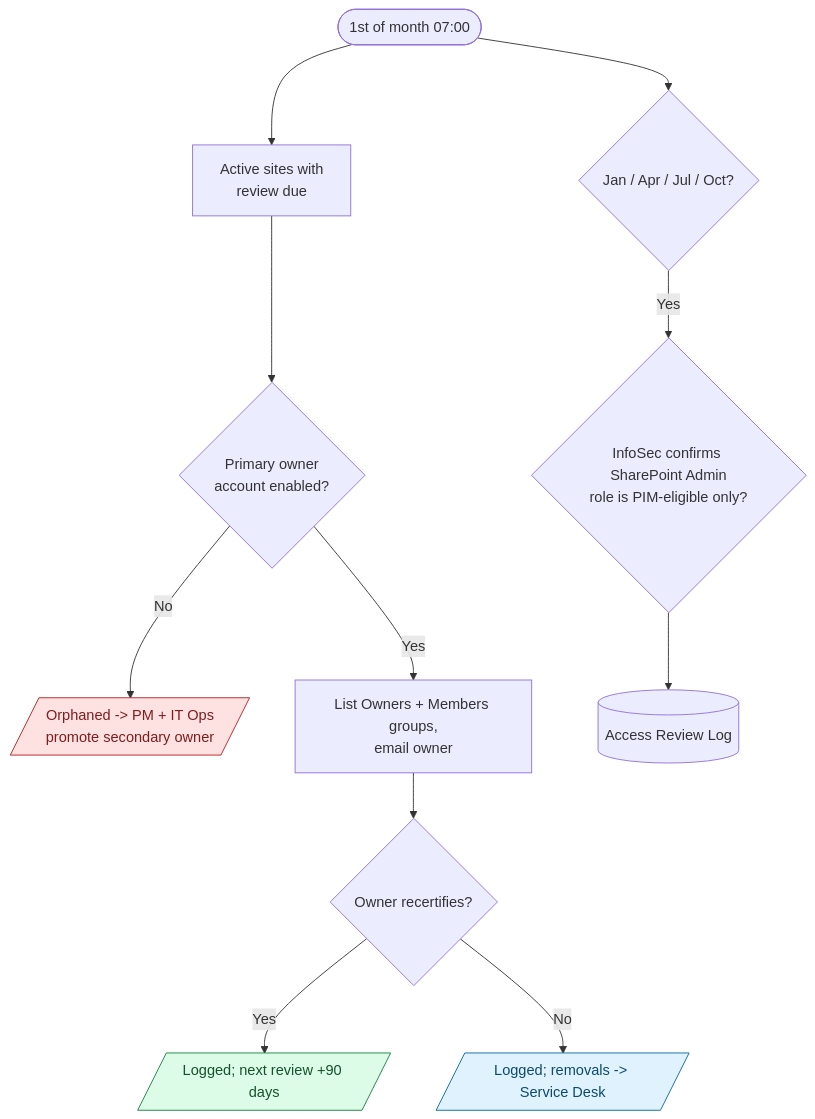
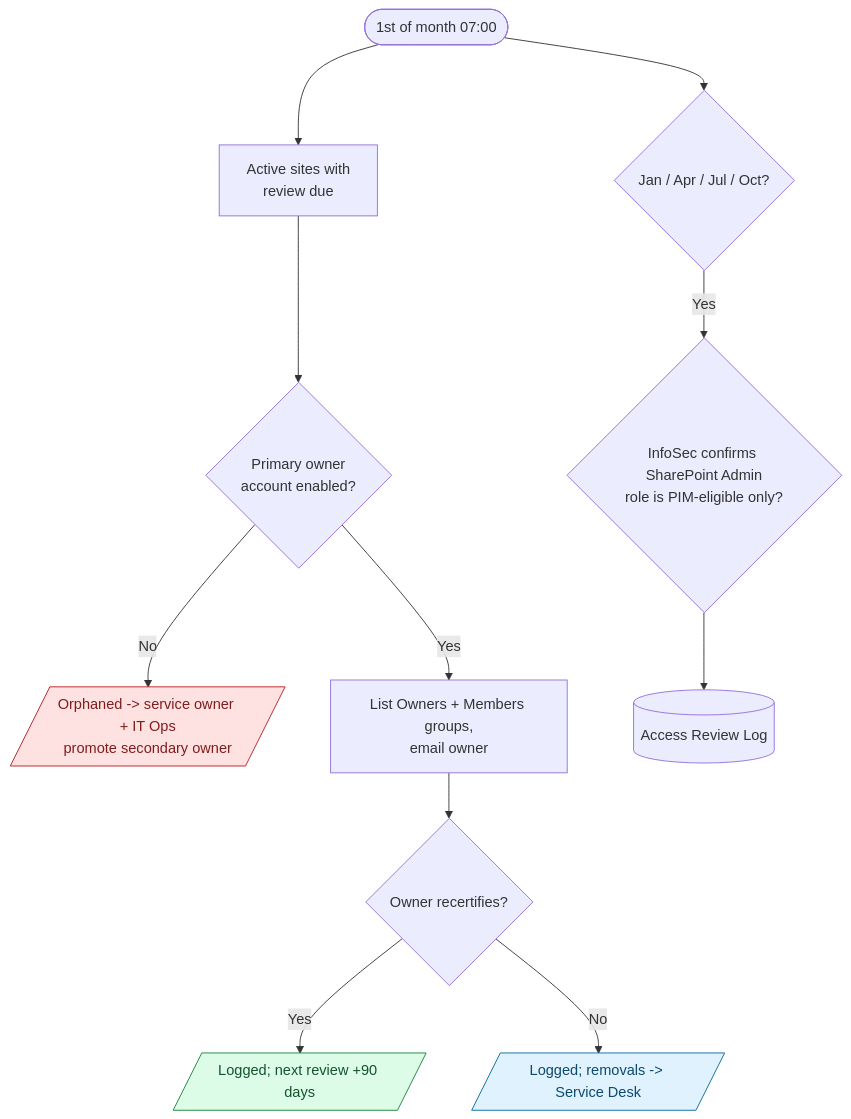
Before and after one commit to flinty-isd/Projects-hub: the seventh of 7 diagrams in solutions/SharePointGovernance/diagrams/governance-flows.md, drawn with Mermaid. The commit also changed other lines of this file and 12 other files, not shown here.

First line of the commit message:
Adapt SharePoint governance flows for BAU

````diff
--- a/solutions/SharePointGovernance/diagrams/governance-flows.md
+++ b/solutions/SharePointGovernance/diagrams/governance-flows.md
@@ -175,16 +130,16 @@
 ```mermaid
 flowchart TD
   A([1st of month 07:00]) --> D["Active sites with<br/>review due"]
   D --> O{"Primary owner<br/>account enabled?"}
-  O -->|No| OR[/"Orphaned -> PM + IT Ops<br/>promote secondary owner"/]:::bad
+  O -->|No| OR[/"Orphaned -> service owner + IT Ops<br/>promote secondary owner"/]:::bad
   O -->|Yes| L["List Owners + Members groups,<br/>email owner"]
   L --> RC{"Owner recertifies?"}
   RC -->|Yes| OK[/"Logged; next review +90 days"/]:::good
   RC -->|No| RM[/"Logged; removals -> Service Desk"/]:::info
   A --> Q{"Jan / Apr / Jul / Oct?"}
   Q -->|Yes| P{"InfoSec confirms SharePoint Admin<br/>role is PIM-eligible only?"}
   P --> PL[("Access Review Log")]
   classDef good fill:#dcfce7,stroke:#15803d,color:#14532d
   classDef bad fill:#fee2e2,stroke:#b91c1c,color:#7f1d1d
   classDef info fill:#e0f2fe,stroke:#0369a1,color:#0c4a6e
 ```
````
